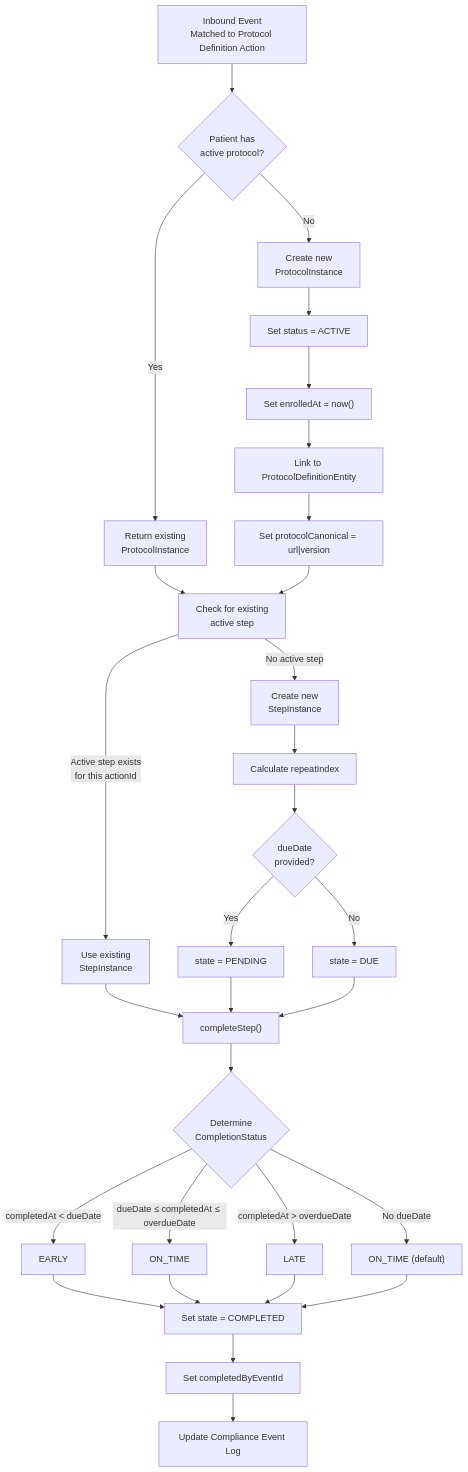
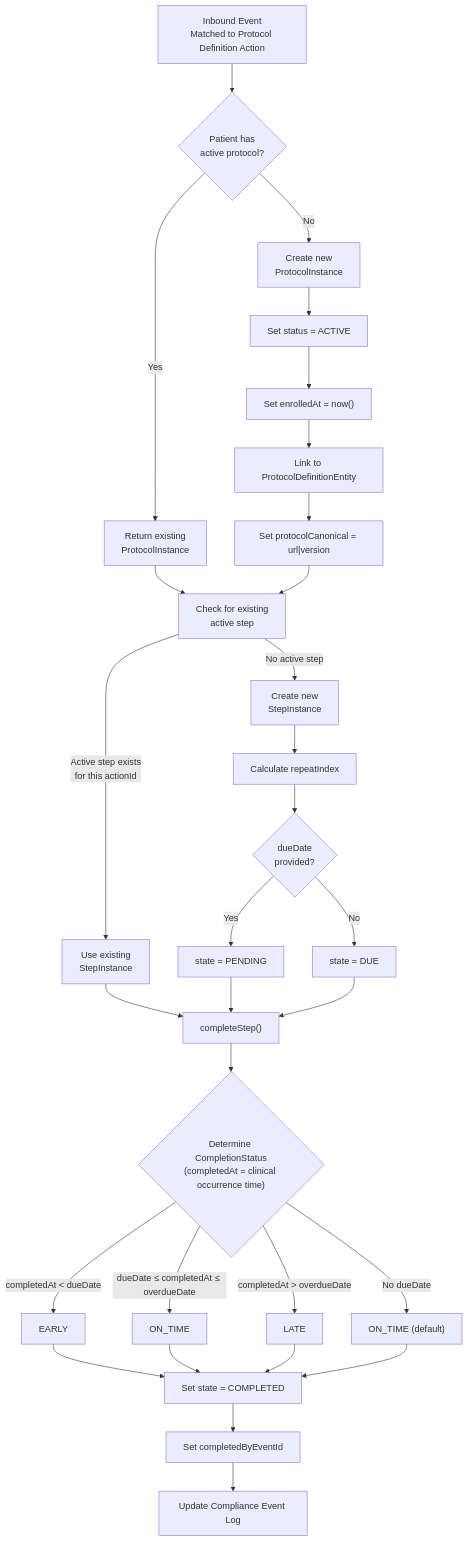
Before and after one commit to Jayaprakash8887/cce-compliance-service: the fourth of 11 diagrams in docs/flow-diagrams.md, drawn with Mermaid. The commit also changed other lines of this file and 9 other files, not shown here.

Commit message:
Clinical Event time extraction

````diff
--- a/docs/flow-diagrams.md
+++ b/docs/flow-diagrams.md
@@ -230,41 +232,41 @@
 ```mermaid
 flowchart TD
     A["Inbound Event<br/>Matched to Protocol Definition Action"] --> B{"Patient has<br/>active protocol?"}
 
     B -->|"Yes"| C["Return existing<br/>ProtocolInstance"]
     B -->|"No"| D["Create new<br/>ProtocolInstance"]
 
     D --> E["Set status = ACTIVE"]
     E --> F["Set enrolledAt = now()"]
     F --> G["Link to ProtocolDefinitionEntity"]
     G --> H["Set protocolCanonical = url|version"]
 
     C --> I["Check for existing<br/>active step"]
     H --> I
 
     I -->|"Active step exists<br/>for this actionId"| J["Use existing<br/>StepInstance"]
     I -->|"No active step"| K["Create new<br/>StepInstance"]
 
     K --> L["Calculate repeatIndex"]
     L --> M{"dueDate<br/>provided?"}
     M -->|"Yes"| N["state = PENDING"]
     M -->|"No"| O["state = DUE"]
 
     J --> P["completeStep()"]
     N --> P
     O --> P
 
-    P --> Q{"Determine<br/>CompletionStatus"}
+    P --> Q{"Determine CompletionStatus<br/>(completedAt = clinical occurrence time)"}
     Q -->|"completedAt < dueDate"| R["EARLY"]
     Q -->|"dueDate ≤ completedAt ≤ overdueDate"| S["ON_TIME"]
     Q -->|"completedAt > overdueDate"| T["LATE"]
     Q -->|"No dueDate"| U["ON_TIME (default)"]
 
     R --> V["Set state = COMPLETED"]
     S --> V
     T --> V
     U --> V
 
     V --> W["Set completedByEventId"]
     W --> X["Update Compliance Event Log"]
 ```
````
